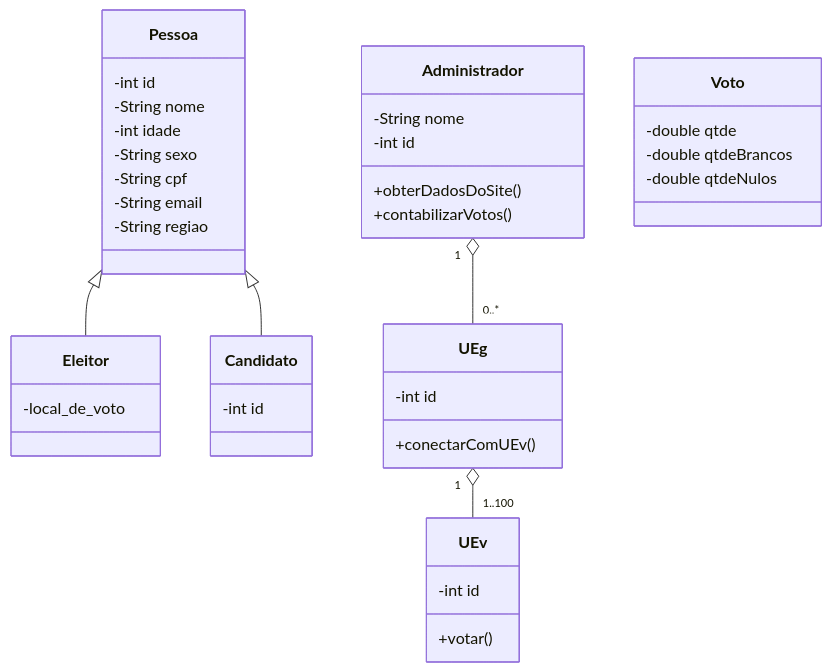
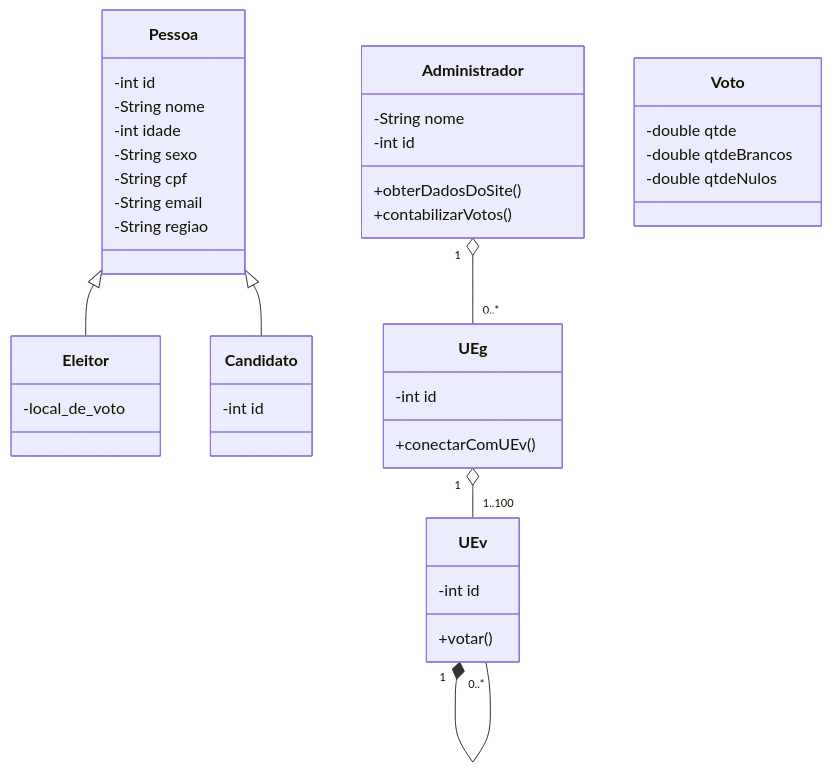
One commit to HenriqueFinatti/Modelagem-De-Software-Orientado-a-Objetos changed the diagram in Diagrama De Classes.md. Above: the diagram before and after it, drawn with Mermaid.

Commit message:
Update Diagrama De Classes.md

````diff
--- a/Diagrama De Classes.md
+++ b/Diagrama De Classes.md
@@ -3,46 +3,47 @@
 ```mermaid
 classDiagram
 Pessoa <|-- Eleitor
 Pessoa <|-- Candidato
 Pessoa: -int id
 Pessoa: -String nome
 Pessoa: -int idade
 Pessoa: -String sexo
 Pessoa: -String cpf
 Pessoa: -String email
 Pessoa: -String regiao
 
 Eleitor: -local_de_voto
 
 class Candidato{
   -int id
 }
 
 class UEg{
   -int id
   +conectarComUEv()
 }
 
 class UEv{
   -int id
   +votar()
 }
 
 class Administrador{
   -String nome
   -int id
  +obterDadosDoSite()
  +contabilizarVotos()
 
 }
 
 class Voto{
   -double qtde
   -double qtdeBrancos
   -double qtdeNulos
 }
 
 Administrador "1" o-- "0..*" UEg
 UEg "1" o-- "1..100" UEv
+UEv "1" *-- "0..*" UEv
 
 ```
````
